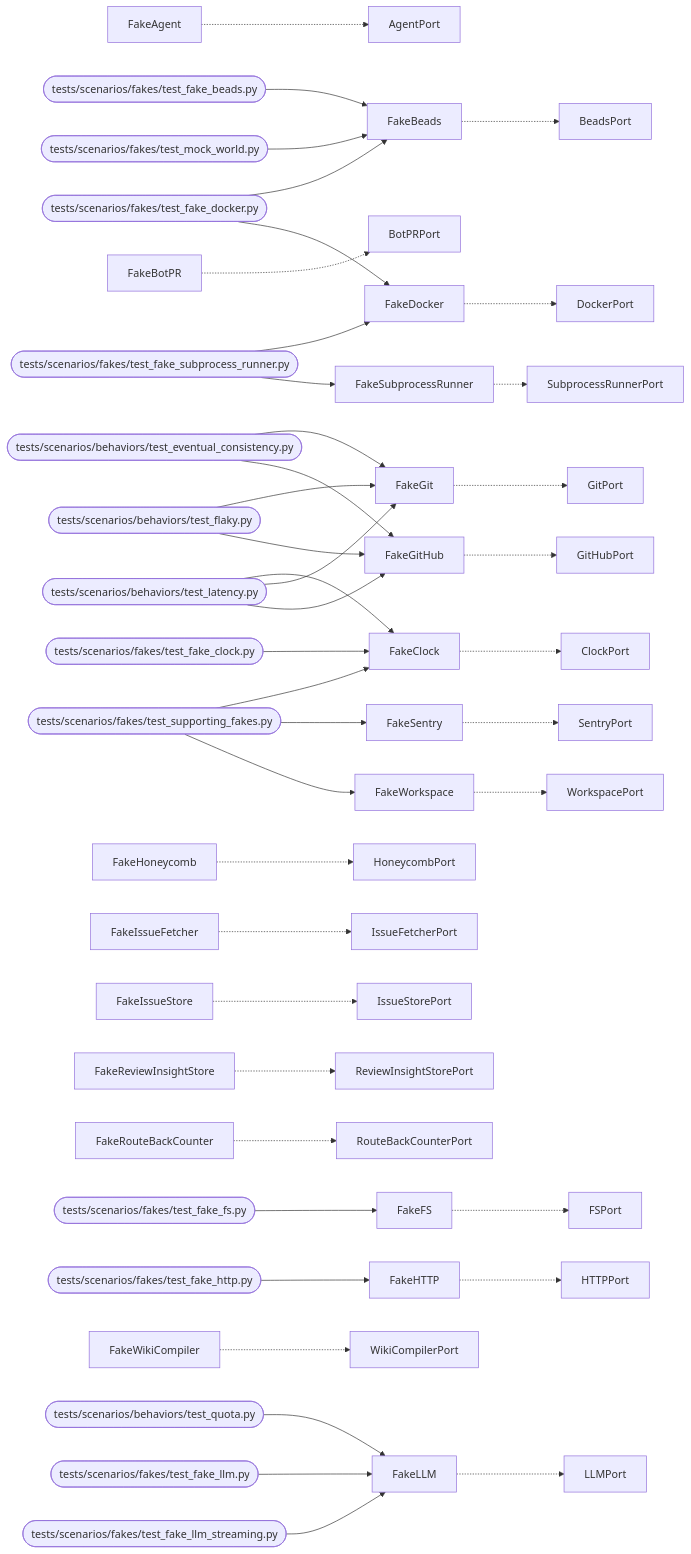
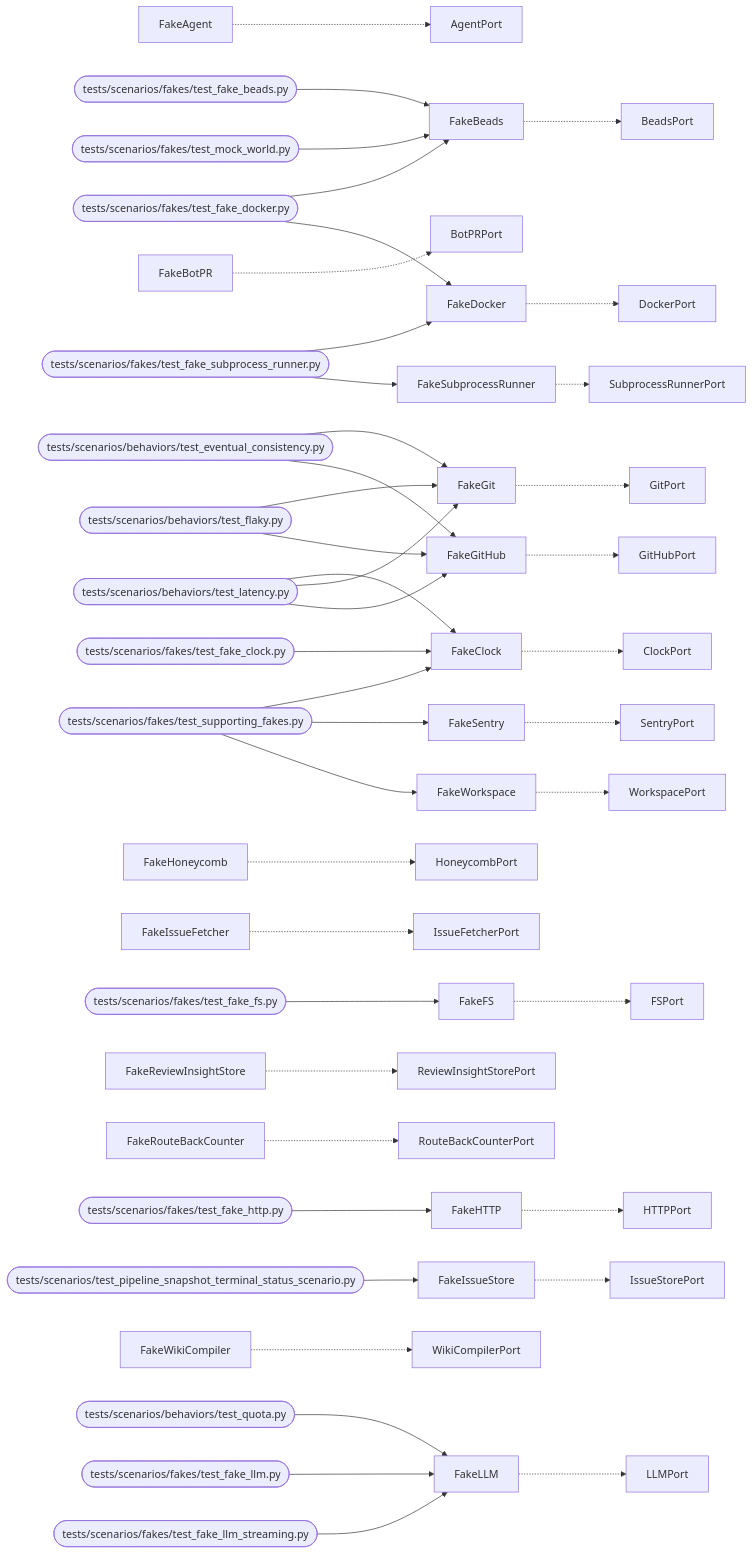
The diagram in docs/arch/generated/mockworld.md (T-rav/hydraflow), drawn with Mermaid before and after one commit. The commit also changed other lines of this file and 12 other files, not shown here.

First line of the commit message:
Fixes #10515: FakeIssueStore stamps HITL and merged snapshot entrie... (#10528)

````diff
--- a/docs/arch/generated/mockworld.md
+++ b/docs/arch/generated/mockworld.md
@@ -33,44 +33,45 @@
 ```mermaid
 graph LR
     FakeAgent -.-> AgentPort
     FakeBeads -.-> BeadsPort
     tests_scenarios_fakes_test_fake_beads_py([tests/scenarios/fakes/test_fake_beads.py]) --> FakeBeads
     tests_scenarios_fakes_test_fake_docker_py([tests/scenarios/fakes/test_fake_docker.py]) --> FakeBeads
     tests_scenarios_fakes_test_mock_world_py([tests/scenarios/fakes/test_mock_world.py]) --> FakeBeads
     FakeBotPR -.-> BotPRPort
     FakeClock -.-> ClockPort
     tests_scenarios_behaviors_test_latency_py([tests/scenarios/behaviors/test_latency.py]) --> FakeClock
     tests_scenarios_fakes_test_fake_clock_py([tests/scenarios/fakes/test_fake_clock.py]) --> FakeClock
     tests_scenarios_fakes_test_supporting_fakes_py([tests/scenarios/fakes/test_supporting_fakes.py]) --> FakeClock
     FakeDocker -.-> DockerPort
     tests_scenarios_fakes_test_fake_docker_py([tests/scenarios/fakes/test_fake_docker.py]) --> FakeDocker
     tests_scenarios_fakes_test_fake_subprocess_runner_py([tests/scenarios/fakes/test_fake_subprocess_runner.py]) --> FakeDocker
     FakeFS -.-> FSPort
     tests_scenarios_fakes_test_fake_fs_py([tests/scenarios/fakes/test_fake_fs.py]) --> FakeFS
     FakeGit -.-> GitPort
     tests_scenarios_behaviors_test_eventual_consistency_py([tests/scenarios/behaviors/test_eventual_consistency.py]) --> FakeGit
     tests_scenarios_behaviors_test_flaky_py([tests/scenarios/behaviors/test_flaky.py]) --> FakeGit
     tests_scenarios_behaviors_test_latency_py([tests/scenarios/behaviors/test_latency.py]) --> FakeGit
     FakeGitHub -.-> GitHubPort
     tests_scenarios_behaviors_test_eventual_consistency_py([tests/scenarios/behaviors/test_eventual_consistency.py]) --> FakeGitHub
     tests_scenarios_behaviors_test_flaky_py([tests/scenarios/behaviors/test_flaky.py]) --> FakeGitHub
     tests_scenarios_behaviors_test_latency_py([tests/scenarios/behaviors/test_latency.py]) --> FakeGitHub
     FakeHTTP -.-> HTTPPort
     tests_scenarios_fakes_test_fake_http_py([tests/scenarios/fakes/test_fake_http.py]) --> FakeHTTP
     FakeHoneycomb -.-> HoneycombPort
     FakeIssueFetcher -.-> IssueFetcherPort
     FakeIssueStore -.-> IssueStorePort
+    tests_scenarios_test_pipeline_snapshot_terminal_status_scenario_py([tests/scenarios/test_pipeline_snapshot_terminal_status_scenario.py]) --> FakeIssueStore
     FakeLLM -.-> LLMPort
     tests_scenarios_behaviors_test_quota_py([tests/scenarios/behaviors/test_quota.py]) --> FakeLLM
     tests_scenarios_fakes_test_fake_llm_py([tests/scenarios/fakes/test_fake_llm.py]) --> FakeLLM
     tests_scenarios_fakes_test_fake_llm_streaming_py([tests/scenarios/fakes/test_fake_llm_streaming.py]) --> FakeLLM
     FakeReviewInsightStore -.-> ReviewInsightStorePort
     FakeRouteBackCounter -.-> RouteBackCounterPort
     FakeSentry -.-> SentryPort
     tests_scenarios_fakes_test_supporting_fakes_py([tests/scenarios/fakes/test_supporting_fakes.py]) --> FakeSentry
     FakeSubprocessRunner -.-> SubprocessRunnerPort
     tests_scenarios_fakes_test_fake_subprocess_runner_py([tests/scenarios/fakes/test_fake_subprocess_runner.py]) --> FakeSubprocessRunner
     FakeWikiCompiler -.-> WikiCompilerPort
     FakeWorkspace -.-> WorkspacePort
     tests_scenarios_fakes_test_supporting_fakes_py([tests/scenarios/fakes/test_supporting_fakes.py]) --> FakeWorkspace
 ```
````
